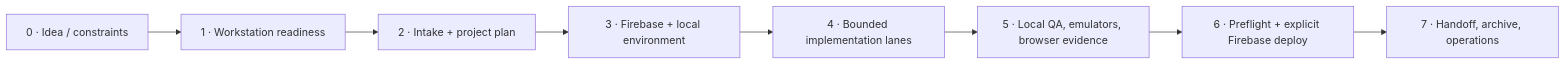
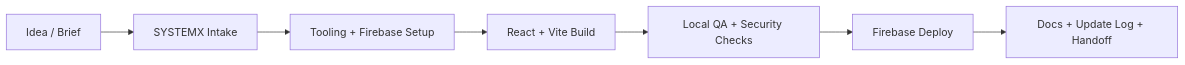
Before and after one commit to WayneTechLab/SFWA-WTL-TEMPLATE: the first of 2 diagrams in wiki/Home.md, drawn with Mermaid. The commit also changed other lines of this file and 273 other files, not shown here.

````diff
--- a/wiki/Home.md
+++ b/wiki/Home.md
@@ -57,10 +55,9 @@
 ```mermaid
 flowchart LR
-    Idea["0 · Idea / constraints"] --> Ready["1 · Workstation readiness"]
-    Ready --> Intake["2 · Intake + project plan"]
-    Intake --> Configure["3 · Firebase + local environment"]
-    Configure --> Build["4 · Bounded implementation lanes"]
-    Build --> Verify["5 · Local QA, emulators, browser evidence"]
-    Verify --> Deploy["6 · Preflight + explicit Firebase deploy"]
-    Deploy --> Handoff["7 · Handoff, archive, operations"]
+    Idea["Idea / Brief"] --> Intake["SYSTEMX Intake"]
+    Intake --> Setup["Tooling + Firebase Setup"]
+    Setup --> Build["React + Vite Build"]
+    Build --> Verify["Local QA + Security Checks"]
+    Verify --> Deploy["Firebase Deploy"]
+    Deploy --> Handoff["Docs + Update Log + Handoff"]
 ```
````
